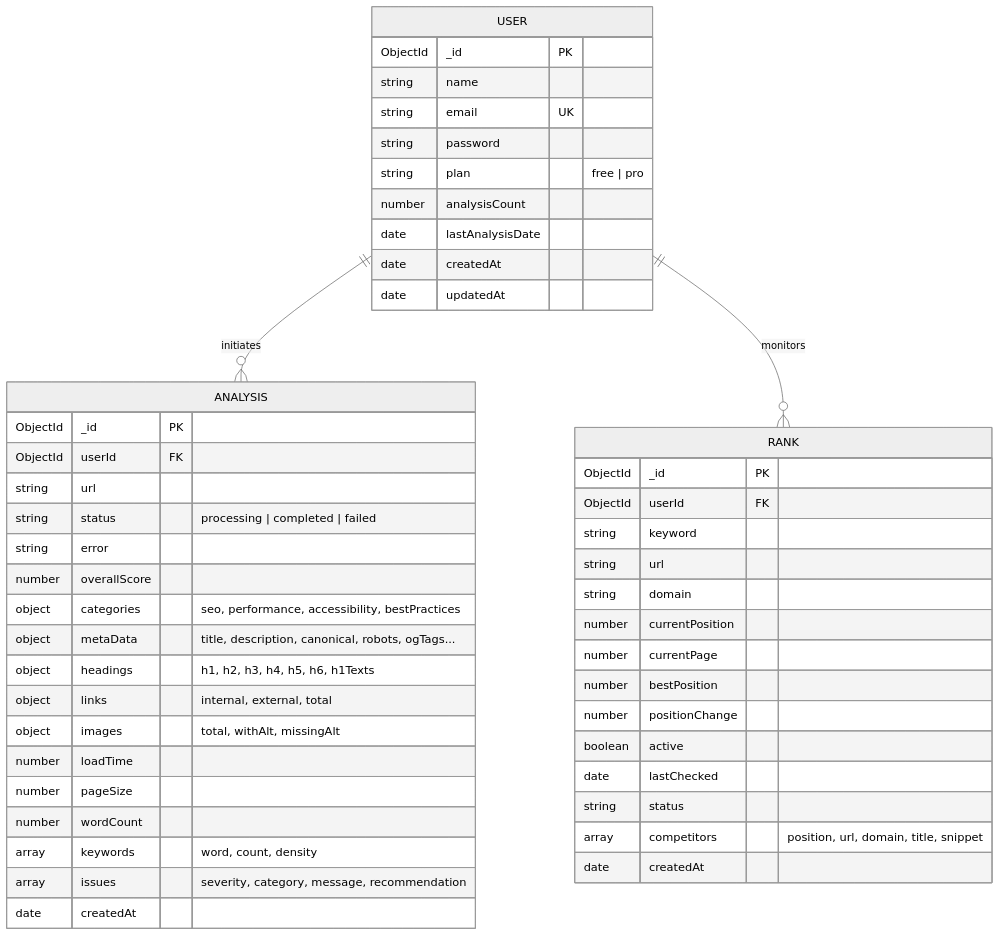
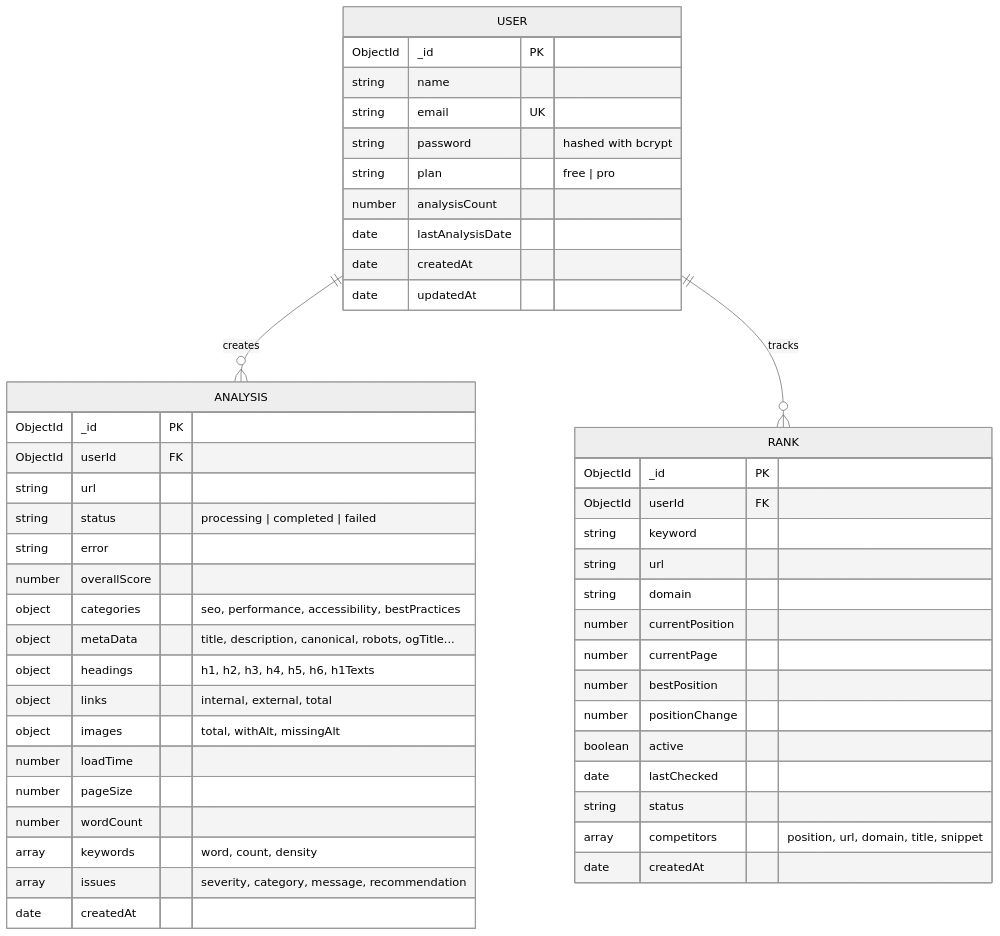
One commit to Simaaqmoideen/Seo-rank-tracker-rank-pilot- changed the fourth of 4 diagrams in README.md. Above: the diagram before and after it, drawn with Mermaid (neutral theme). The commit also changed other lines of this file and 61 other files, not shown here.

````diff
--- a/README.md
+++ b/README.md
@@ -167,54 +146,54 @@
 ```mermaid
 erDiagram
-    USER ||--o{ ANALYSIS : initiates
-    USER ||--o{ RANK : monitors
+    USER ||--o{ ANALYSIS : creates
+    USER ||--o{ RANK : tracks
 
     USER {
         ObjectId _id PK
         string name
         string email UK
-        string password
+        string password "hashed with bcrypt"
         string plan "free | pro"
         number analysisCount
         date lastAnalysisDate
         date createdAt
         date updatedAt
     }
 
     ANALYSIS {
         ObjectId _id PK
         ObjectId userId FK
         string url
         string status "processing | completed | failed"
         string error
         number overallScore
         object categories "seo, performance, accessibility, bestPractices"
-        object metaData "title, description, canonical, robots, ogTags..."
+        object metaData "title, description, canonical, robots, ogTitle..."
         object headings "h1, h2, h3, h4, h5, h6, h1Texts"
         object links "internal, external, total"
         object images "total, withAlt, missingAlt"
         number loadTime
         number pageSize
         number wordCount
         array keywords "word, count, density"
         array issues "severity, category, message, recommendation"
         date createdAt
     }
 
     RANK {
         ObjectId _id PK
         ObjectId userId FK
         string keyword
         string url
         string domain
         number currentPosition
         number currentPage
         number bestPosition
         number positionChange
         boolean active
         date lastChecked
         string status
         array competitors "position, url, domain, title, snippet"
         date createdAt
     }
 ```
````
